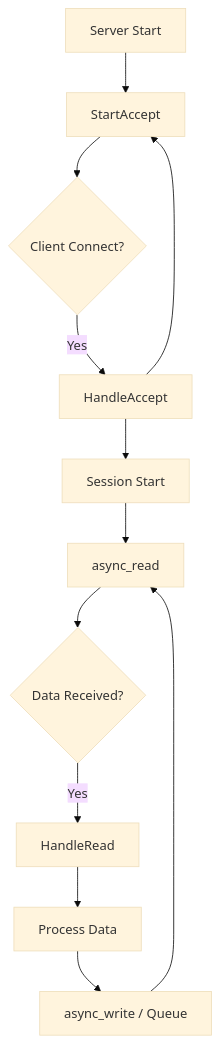
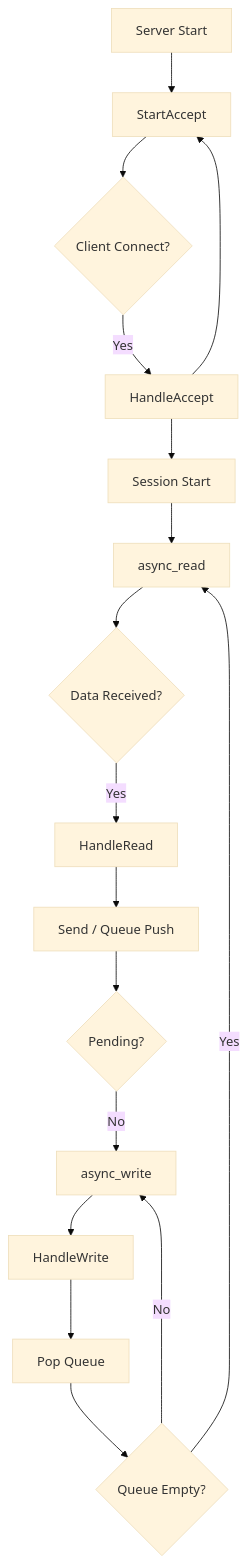
The first of 2 diagrams in Async/README.md (IceFerryLing/MySimpleServer), drawn with Mermaid (base theme) before and after one commit. The commit also changed other lines of this file and 1 other file, not shown here.

````diff
--- a/Async/README.md
+++ b/Async/README.md
@@ -33,15 +33,20 @@
 ```mermaid
 graph TD
     A[Server Start] --> B[StartAccept]
     B --> C{Client Connect?}
     C -- Yes --> D[HandleAccept]
     D --> E[Session Start]
     D --> B
     
     E --> F[async_read]
     F --> G{Data Received?}
     G -- Yes --> H[HandleRead]
-    H --> I[Process Data]
-    I --> J[async_write / Queue]
-    J --> F
+    H --> I[Send / Queue Push]
+    I --> J{Pending?}
+    J -- No --> K[async_write]
+    K --> L[HandleWrite]
+    L --> M[Pop Queue]
+    M --> N{Queue Empty?}
+    N -- No --> K
+    N -- Yes --> F
 ```
````
